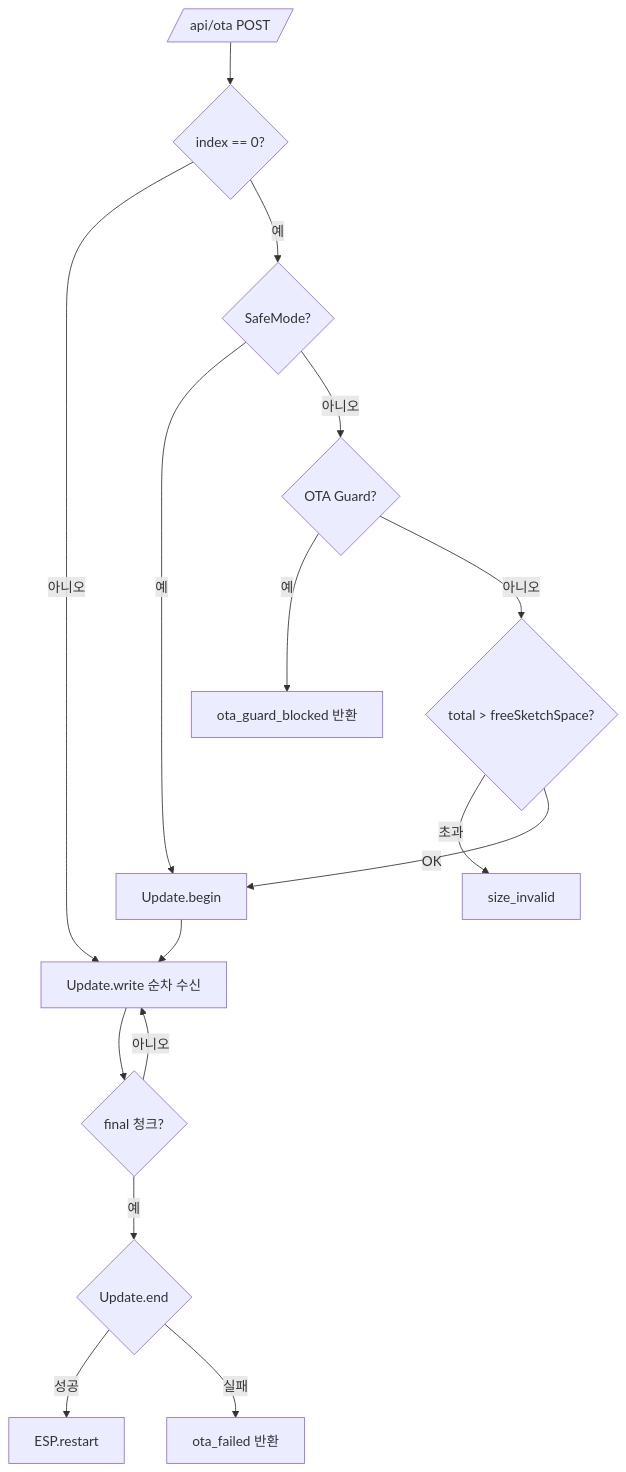
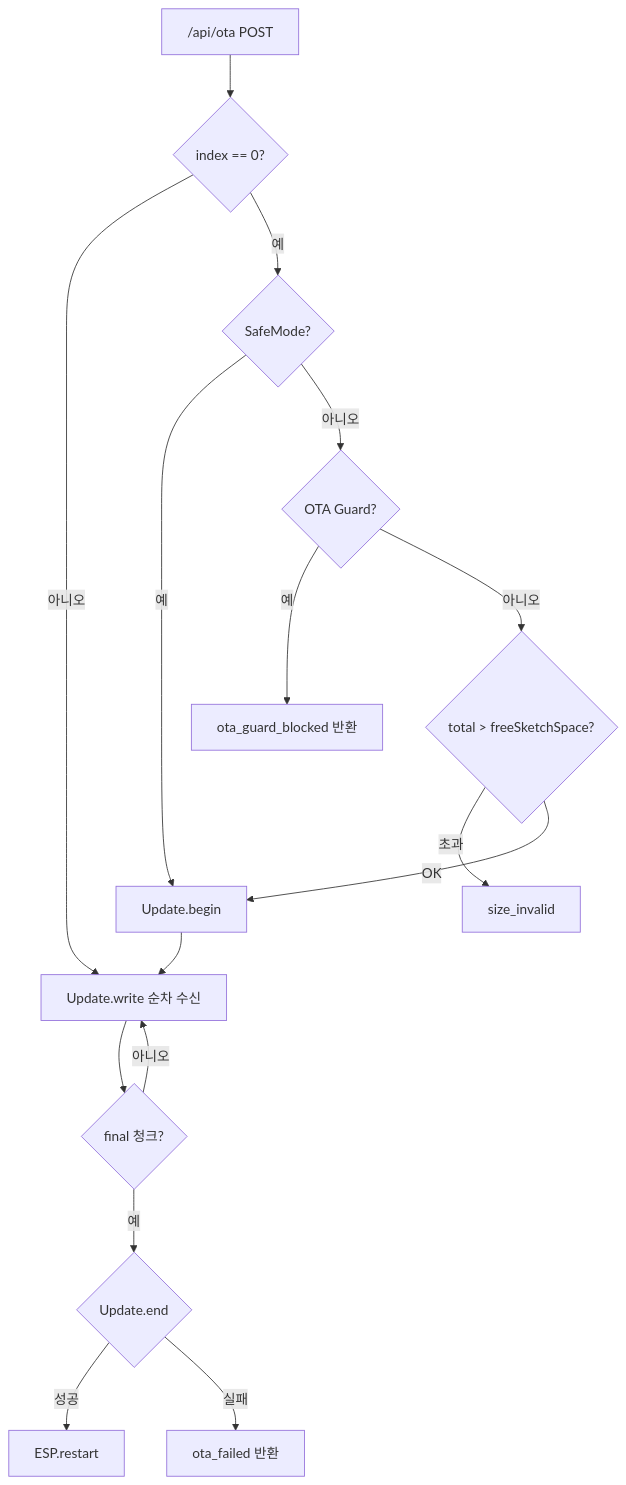
One commit to hosanglee-kr/esp32_AirMouse_002 changed the seventh of 14 diagrams in src/v0415/docs_v0415/contract_doc/FLOW_0415.md. Above: the diagram before and after it, drawn with Mermaid. The commit also changed other lines of this file and 4 other files, not shown here.

First line of the commit message:
docs(contract): 5대 계약 산출물 최신화 및 FLOW Mermaid 14종 렌더링 무결성 보완

````diff
--- a/src/v0415/docs_v0415/contract_doc/FLOW_0415.md
+++ b/src/v0415/docs_v0415/contract_doc/FLOW_0415.md
@@ -306,18 +322,18 @@
 ```mermaid
 flowchart TD
-    OTAReq[/api/ota POST/] --> Index0{index == 0?}
-    Index0 -- 아니오 --> WriteChunk[Update.write 순차 수신]
-    Index0 -- 예 --> SafeCheck{SafeMode?}
-    SafeCheck -- 예 --> Begin[Update.begin]
-    SafeCheck -- 아니오 --> GuardCheck{OTA Guard?}
-    GuardCheck -- 예 --> Block1[ota_guard_blocked 반환]
-    GuardCheck -- 아니오 --> SizeCheck{total > freeSketchSpace?}
-    SizeCheck -- 초과 --> Block2[size_invalid]
-    SizeCheck -- OK --> Begin
+    OTAReq["/api/ota POST"] --> Index0{"index == 0?"}
+    Index0 -- "아니오" --> WriteChunk["Update.write 순차 수신"]
+    Index0 -- "예" --> SafeCheck{"SafeMode?"}
+    SafeCheck -- "예" --> Begin["Update.begin"]
+    SafeCheck -- "아니오" --> GuardCheck{"OTA Guard?"}
+    GuardCheck -- "예" --> Block1["ota_guard_blocked 반환"]
+    GuardCheck -- "아니오" --> SizeCheck{"total > freeSketchSpace?"}
+    SizeCheck -- "초과" --> Block2["size_invalid"]
+    SizeCheck -- "OK" --> Begin
     Begin --> WriteChunk
-    WriteChunk --> Final{final 청크?}
-    Final -- 아니오 --> WriteChunk
-    Final -- 예 --> End{Update.end}
-    End -- 성공 --> Restart[ESP.restart]
-    End -- 실패 --> Fail[ota_failed 반환]
+    WriteChunk --> Final{"final 청크?"}
+    Final -- "아니오" --> WriteChunk
+    Final -- "예" --> End{"Update.end"}
+    End -- "성공" --> Restart["ESP.restart"]
+    End -- "실패" --> Fail["ota_failed 반환"]
 ```
````
